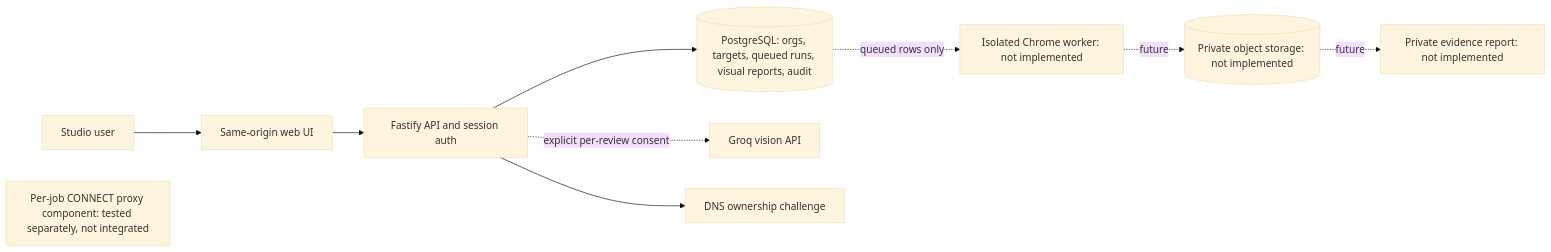
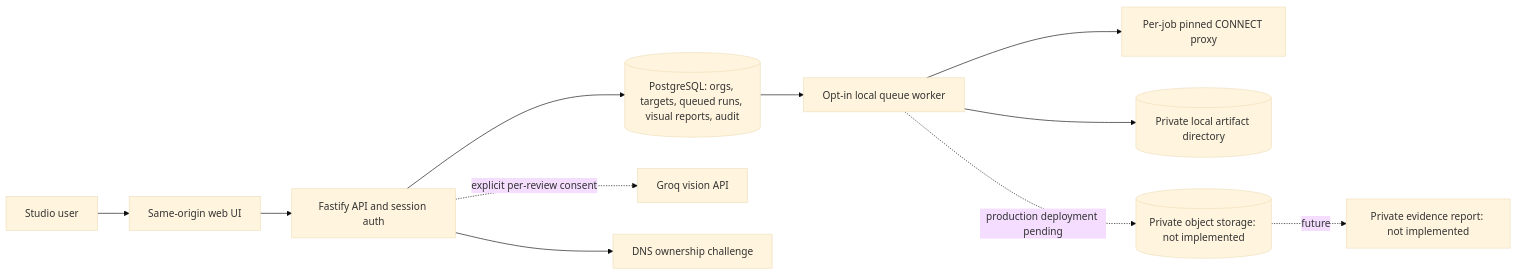
One commit to elyashium/atlas-replay-lab changed the diagram in docs/evidence/phase2-control-plane-2026-09-27.md. Above: the diagram before and after it, drawn with Mermaid (base theme). The commit also changed other lines of this file and 30 other files, not shown here.

First line of the commit message:
Add local worker queue and artifact retention

````diff
--- a/docs/evidence/phase2-control-plane-2026-09-27.md
+++ b/docs/evidence/phase2-control-plane-2026-09-27.md
@@ -5,12 +5,13 @@
 ```mermaid
 flowchart LR
   User[Studio user] --> UI[Same-origin web UI]
   UI --> API[Fastify API and session auth]
   API --> DB[(PostgreSQL: orgs, targets, queued runs, visual reports, audit)]
   API -. explicit per-review consent .-> Groq[Groq vision API]
   API --> DNS[DNS ownership challenge]
-  Proxy[Per-job CONNECT proxy component: tested separately, not integrated]
-  DB -. queued rows only .-> Worker[Isolated Chrome worker: not implemented]
-  Worker -. future .-> Objects[(Private object storage: not implemented)]
+  DB --> Worker[Opt-in local queue worker]
+  Worker --> Proxy[Per-job pinned CONNECT proxy]
+  Worker --> Disk[(Private local artifact directory)]
+  Worker -. production deployment pending .-> Objects[(Private object storage: not implemented)]
   Objects -. future .-> Report[Private evidence report: not implemented]
 ```
````
